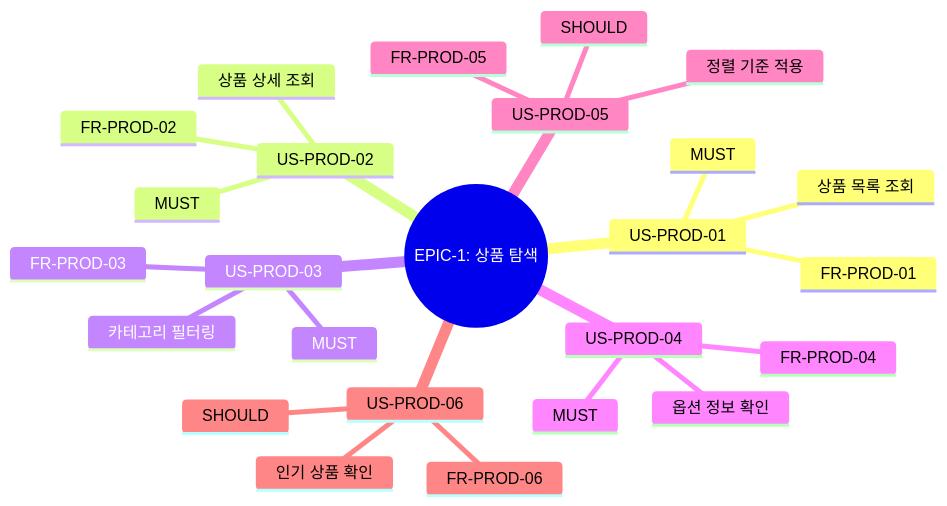
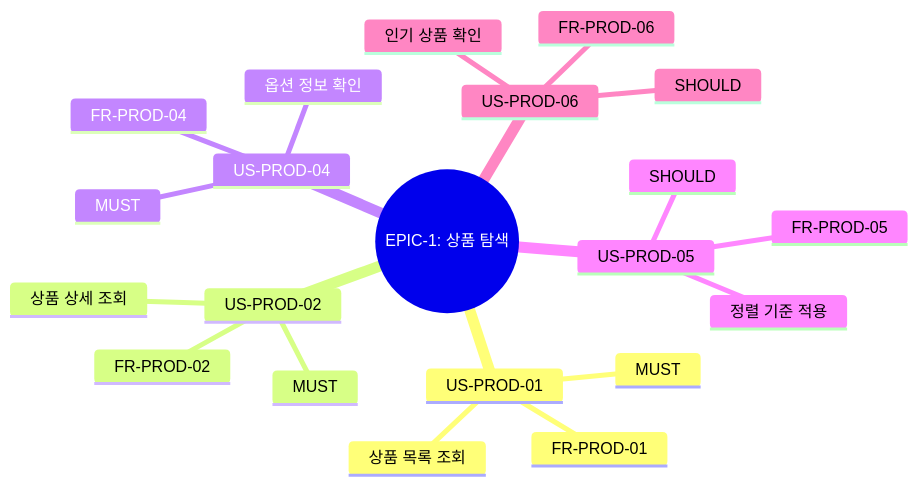
Before and after one commit to ywj3493/hhplus-e-commerce: the fourth of 9 diagrams in docs/dev/dashboard/user-stories.md, drawn with Mermaid. The commit also changed other lines of this file and 2 other files, not shown here.

````diff
--- a/docs/dev/dashboard/user-stories.md
+++ b/docs/dev/dashboard/user-stories.md
@@ -218,28 +217,24 @@
 ```mermaid
 mindmap
   root((EPIC-1: 상품 탐색))
     US-PROD-01
       상품 목록 조회
       FR-PROD-01
       MUST
     US-PROD-02
       상품 상세 조회
       FR-PROD-02
-      MUST
-    US-PROD-03
-      카테고리 필터링
-      FR-PROD-03
       MUST
     US-PROD-04
       옵션 정보 확인
       FR-PROD-04
       MUST
     US-PROD-05
       정렬 기준 적용
       FR-PROD-05
       SHOULD
     US-PROD-06
       인기 상품 확인
       FR-PROD-06
       SHOULD
 ```
````
